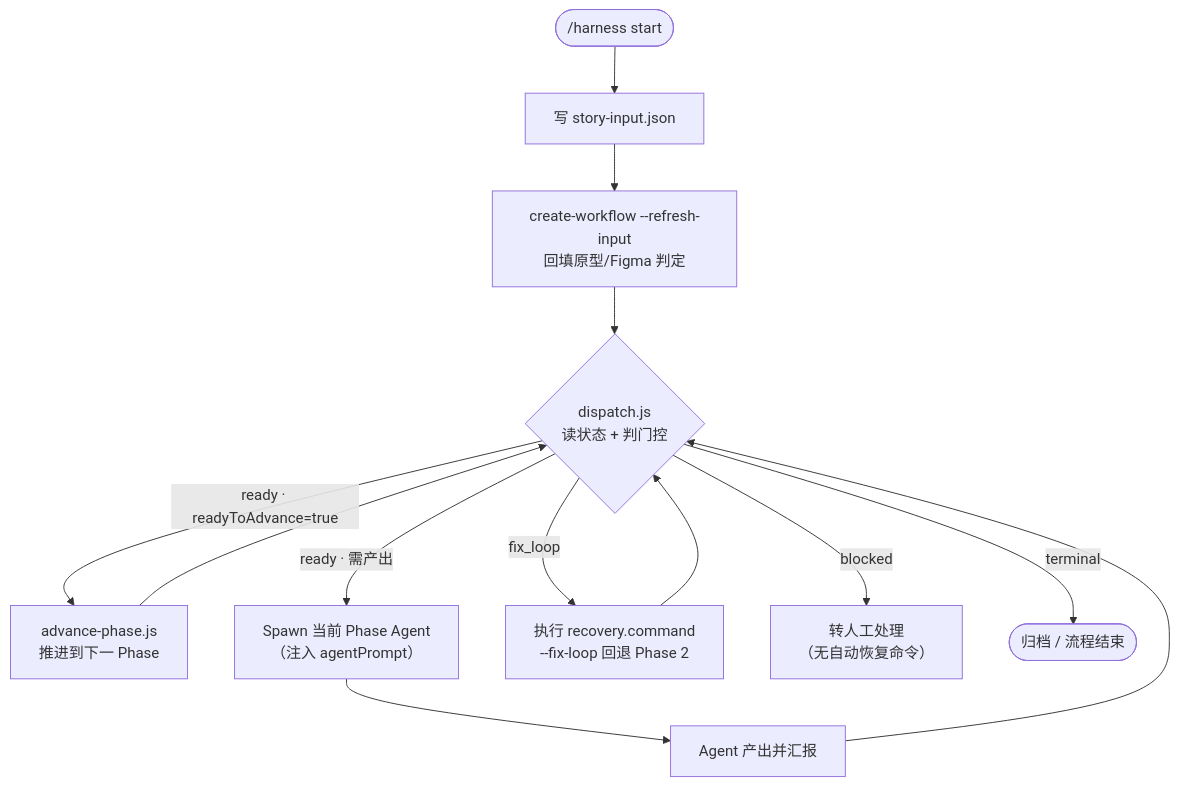
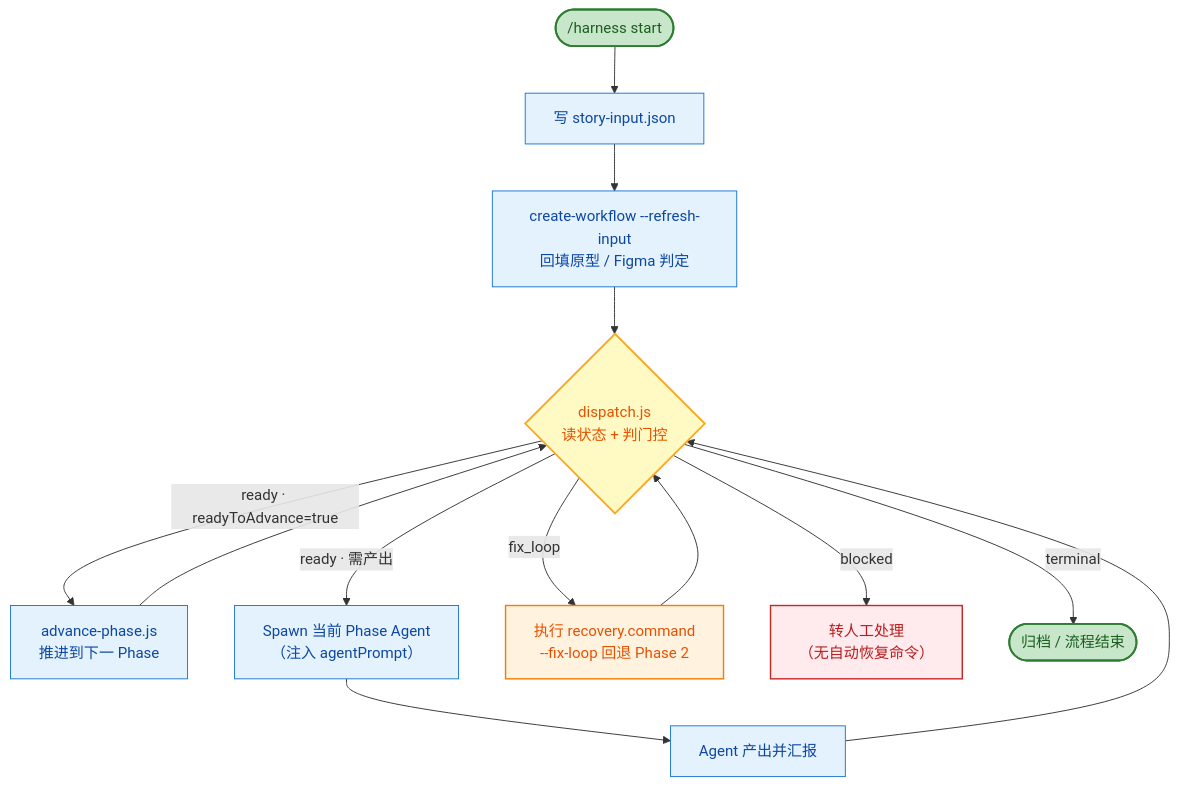
One commit to JayCJP/harnessflow changed the second of 2 diagrams in README.md. Above: the diagram before and after it, drawn with Mermaid. The commit also changed other lines of this file and 30 other files, not shown here.

````diff
--- a/README.md
+++ b/README.md
@@ -64,19 +94,43 @@
 ```mermaid
 flowchart TD
-    Start(["/harness start"]) --> Input["写 story-input.json"]
-    Input --> Refresh["create-workflow --refresh-input<br/>回填原型/Figma 判定"]
-    Refresh --> Dispatch{"dispatch.js<br/>读状态 + 判门控"}
+    Start(["/harness start"])
+    Input["写 story-input.json"]
+    Refresh["create-workflow --refresh-input<br/>回填原型 / Figma 判定"]
+    Dispatch{"dispatch.js<br/>读状态 + 判门控"}
 
-    Dispatch -->|"ready · readyToAdvance=true"| Advance["advance-phase.js<br/>推进到下一 Phase"]
+    Advance["advance-phase.js<br/>推进到下一 Phase"]
+    Spawn["Spawn 当前 Phase Agent<br/>（注入 agentPrompt）"]
+    Report["Agent 产出并汇报"]
+    FixLoop["执行 recovery.command<br/>--fix-loop 回退 Phase 2"]
+    Manual["转人工处理<br/>（无自动恢复命令）"]
+    End(["归档 / 流程结束"])
+
+    Start --> Input
+    Input --> Refresh
+    Refresh --> Dispatch
+
+    Dispatch -->|"ready · readyToAdvance=true"| Advance
     Advance --> Dispatch
 
-    Dispatch -->|"ready · 需产出"| Spawn["Spawn 当前 Phase Agent<br/>（注入 agentPrompt）"]
-    Spawn --> Report["Agent 产出并汇报"]
+    Dispatch -->|"ready · 需产出"| Spawn
+    Spawn --> Report
     Report --> Dispatch
 
-    Dispatch -->|"fix_loop"| FixLoop["执行 recovery.command<br/>--fix-loop 回退 Phase 2"]
+    Dispatch -->|"fix_loop"| FixLoop
     FixLoop --> Dispatch
 
-    Dispatch -->|"blocked"| Manual["转人工处理<br/>（无自动恢复命令）"]
-    Dispatch -->|"terminal"| End(["归档 / 流程结束"])
+    Dispatch -->|"blocked"| Manual
+    Dispatch -->|"terminal"| End
+
+    classDef startEnd fill:#c8e6c9,stroke:#2e7d32,color:#1b5e20,stroke-width:2px
+    classDef action fill:#e3f2fd,stroke:#1976d2,color:#0d47a1
+    classDef decision fill:#fff9c4,stroke:#f9a825,color:#e65100,stroke-width:2px
+    classDef fixloop fill:#fff3e0,stroke:#f57c00,color:#e65100,stroke-width:1.5px
+    classDef manual fill:#ffebee,stroke:#c62828,color:#b71c1c,stroke-width:1.5px
+
+    class Start,End startEnd
+    class Input,Refresh,Advance,Spawn,Report action
+    class Dispatch decision
+    class FixLoop fixloop
+    class Manual manual
 ```
````
